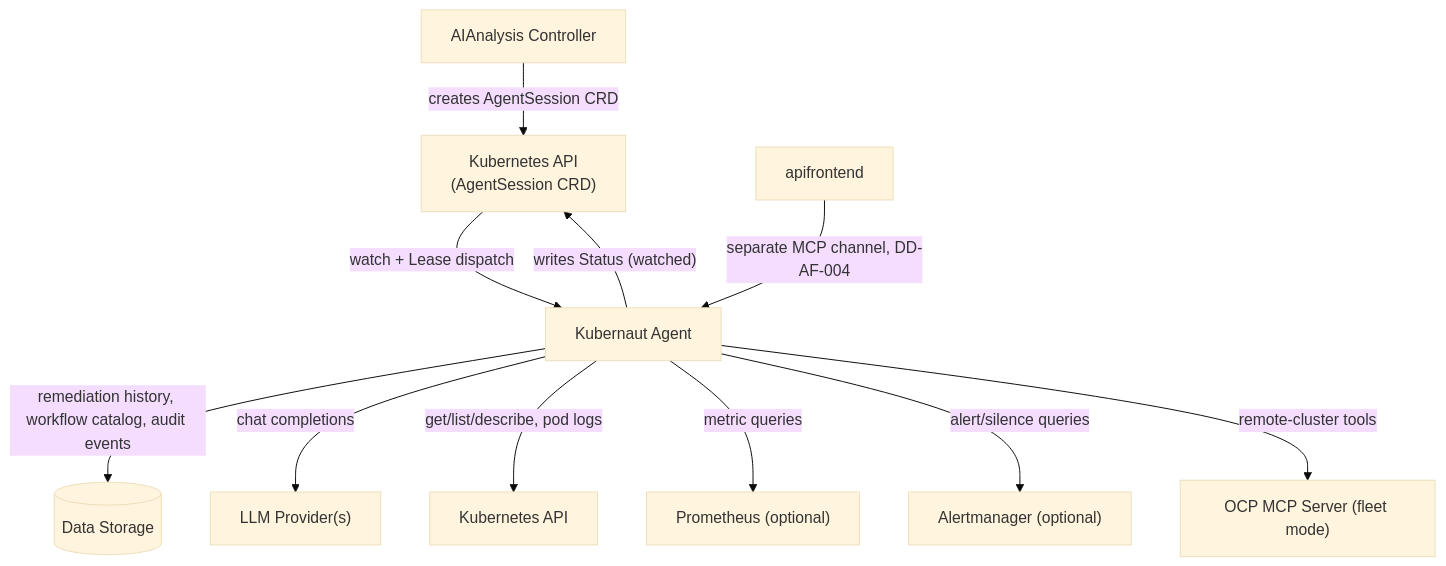
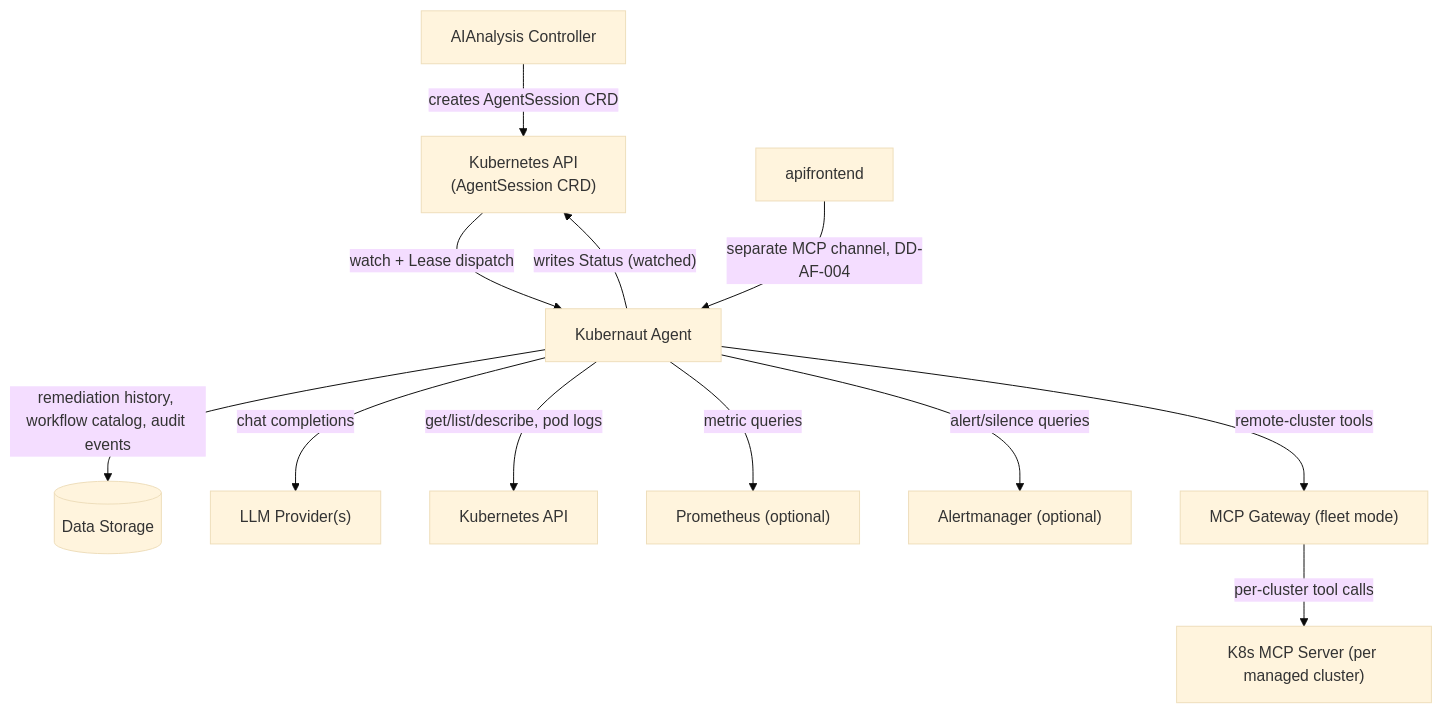
The diagram in docs/services/kubernaut-agent/integration-points.md (jordigilh/kubernaut), drawn with Mermaid (base theme) before and after one commit. The commit also changed other lines of this file and 5 other files, not shown here.

First line of the commit message:
docs: fix stale fleet MCP tool-discovery docs (#2254)

````diff
--- a/docs/services/kubernaut-agent/integration-points.md
+++ b/docs/services/kubernaut-agent/integration-points.md
@@ -72,14 +77,15 @@
 ```mermaid
 flowchart TB
     AA[AIAnalysis Controller] -->|"creates AgentSession CRD"| K8SAPI["Kubernetes API<br/>(AgentSession CRD)"]
     K8SAPI -->|"watch + Lease dispatch"| KA[Kubernaut Agent]
     KA -->|"writes Status (watched)"| K8SAPI
     AF[apifrontend] -->|"separate MCP channel, DD-AF-004"| KA
 
     KA -->|remediation history, workflow catalog, audit events| DS[(Data Storage)]
     KA -->|chat completions| LLM["LLM Provider(s)"]
     KA -->|get/list/describe, pod logs| K8S["Kubernetes API"]
     KA -->|metric queries| PROM["Prometheus (optional)"]
     KA -->|alert/silence queries| AM["Alertmanager (optional)"]
-    KA -->|remote-cluster tools| OCP["OCP MCP Server (fleet mode)"]
+    KA -->|remote-cluster tools| GW["MCP Gateway (fleet mode)"]
+    GW -->|per-cluster tool calls| OCP["K8s MCP Server (per managed cluster)"]
 ```
````
